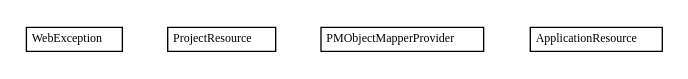
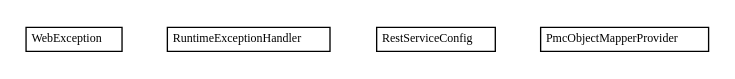
Before and after one commit to myunusov/pm: the diagram in components/apidocs/org/maxur/perfmodel/backend/rest/org.maxur.perfmodel.backend.rest.dot, drawn with Graphviz. The commit also changed 395 other files, not shown here.

```diff
--- a/components/apidocs/org/maxur/perfmodel/backend/rest/org.maxur.perfmodel.backend.rest.dot
+++ b/components/apidocs/org/maxur/perfmodel/backend/rest/org.maxur.perfmodel.backend.rest.dot
@@ -1,36 +1,36 @@
 #!/usr/local/bin/dot
 #
 # Class diagram 
 # Generated by UMLGraph version R5_6-24-gf6e263 (http://www.umlgraph.org/)
 #
 
 digraph G {
 	edge [fontname="Trebuchet MS",fontsize=10,labelfontname="Trebuchet MS",labelfontsize=10];
 	node [fontname="Trebuchet MS",fontsize=10,shape=plaintext];
 	nodesep=0.25;
 	ranksep=0.5;
 	// org.maxur.perfmodel.backend.rest.WebException
-	c51 [label=<<table title="org.maxur.perfmodel.backend.rest.WebException" border="0" cellborder="1" cellspacing="0" cellpadding="2" port="p" href="./WebException.html">
+	c134 [label=<<table title="org.maxur.perfmodel.backend.rest.WebException" border="0" cellborder="1" cellspacing="0" cellpadding="2" port="p" href="./WebException.html">
 		<tr><td><table border="0" cellspacing="0" cellpadding="1">
 <tr><td align="center" balign="center"><font face="Trebuchet MS"> WebException </font></td></tr>
 		</table></td></tr>
 		</table>>, URL="./WebException.html", fontname="Trebuchet MS", fontcolor="black", fontsize=9.0];
-	// org.maxur.perfmodel.backend.rest.ProjectResource
-	c52 [label=<<table title="org.maxur.perfmodel.backend.rest.ProjectResource" border="0" cellborder="1" cellspacing="0" cellpadding="2" port="p" href="./ProjectResource.html">
+	// org.maxur.perfmodel.backend.rest.RuntimeExceptionHandler
+	c135 [label=<<table title="org.maxur.perfmodel.backend.rest.RuntimeExceptionHandler" border="0" cellborder="1" cellspacing="0" cellpadding="2" port="p" href="./RuntimeExceptionHandler.html">
 		<tr><td><table border="0" cellspacing="0" cellpadding="1">
-<tr><td align="center" balign="center"><font face="Trebuchet MS"> ProjectResource </font></td></tr>
+<tr><td align="center" balign="center"><font face="Trebuchet MS"> RuntimeExceptionHandler </font></td></tr>
 		</table></td></tr>
-		</table>>, URL="./ProjectResource.html", fontname="Trebuchet MS", fontcolor="black", fontsize=9.0];
-	// org.maxur.perfmodel.backend.rest.PMObjectMapperProvider
-	c53 [label=<<table title="org.maxur.perfmodel.backend.rest.PMObjectMapperProvider" border="0" cellborder="1" cellspacing="0" cellpadding="2" port="p" href="./PMObjectMapperProvider.html">
+		</table>>, URL="./RuntimeExceptionHandler.html", fontname="Trebuchet MS", fontcolor="black", fontsize=9.0];
+	// org.maxur.perfmodel.backend.rest.RestServiceConfig
+	c136 [label=<<table title="org.maxur.perfmodel.backend.rest.RestServiceConfig" border="0" cellborder="1" cellspacing="0" cellpadding="2" port="p" href="./RestServiceConfig.html">
 		<tr><td><table border="0" cellspacing="0" cellpadding="1">
-<tr><td align="center" balign="center"><font face="Trebuchet MS"> PMObjectMapperProvider </font></td></tr>
+<tr><td align="center" balign="center"><font face="Trebuchet MS"> RestServiceConfig </font></td></tr>
 		</table></td></tr>
-		</table>>, URL="./PMObjectMapperProvider.html", fontname="Trebuchet MS", fontcolor="black", fontsize=9.0];
-	// org.maxur.perfmodel.backend.rest.ApplicationResource
-	c54 [label=<<table title="org.maxur.perfmodel.backend.rest.ApplicationResource" border="0" cellborder="1" cellspacing="0" cellpadding="2" port="p" href="./ApplicationResource.html">
+		</table>>, URL="./RestServiceConfig.html", fontname="Trebuchet MS", fontcolor="black", fontsize=9.0];
+	// org.maxur.perfmodel.backend.rest.PmcObjectMapperProvider
+	c137 [label=<<table title="org.maxur.perfmodel.backend.rest.PmcObjectMapperProvider" border="0" cellborder="1" cellspacing="0" cellpadding="2" port="p" href="./PmcObjectMapperProvider.html">
 		<tr><td><table border="0" cellspacing="0" cellpadding="1">
-<tr><td align="center" balign="center"><font face="Trebuchet MS"> ApplicationResource </font></td></tr>
+<tr><td align="center" balign="center"><font face="Trebuchet MS"> PmcObjectMapperProvider </font></td></tr>
 		</table></td></tr>
-		</table>>, URL="./ApplicationResource.html", fontname="Trebuchet MS", fontcolor="black", fontsize=9.0];
+		</table>>, URL="./PmcObjectMapperProvider.html", fontname="Trebuchet MS", fontcolor="black", fontsize=9.0];
 }
```
